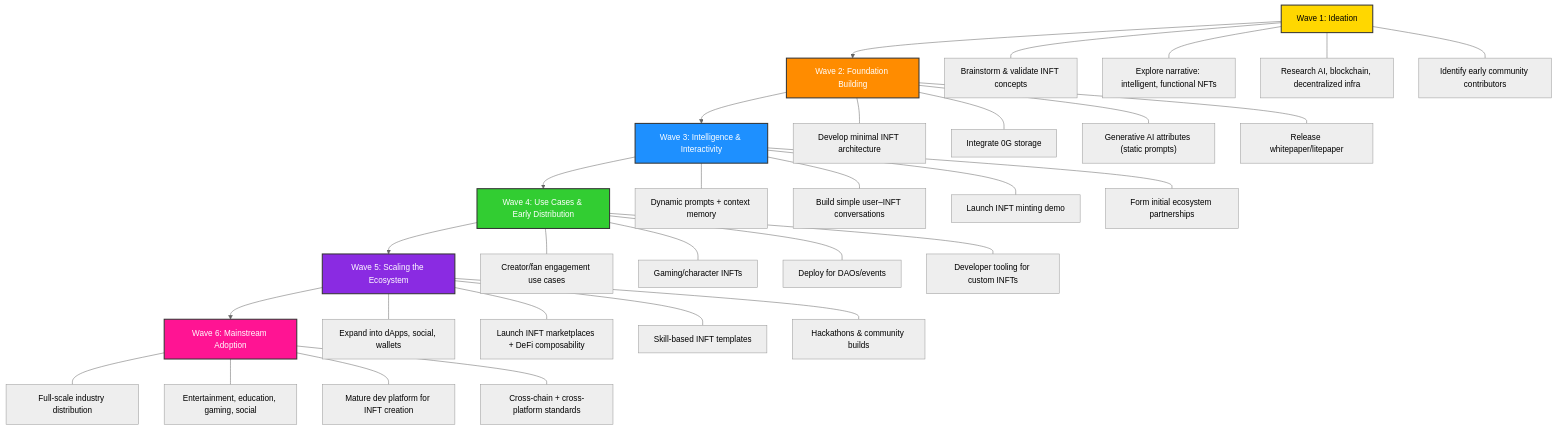
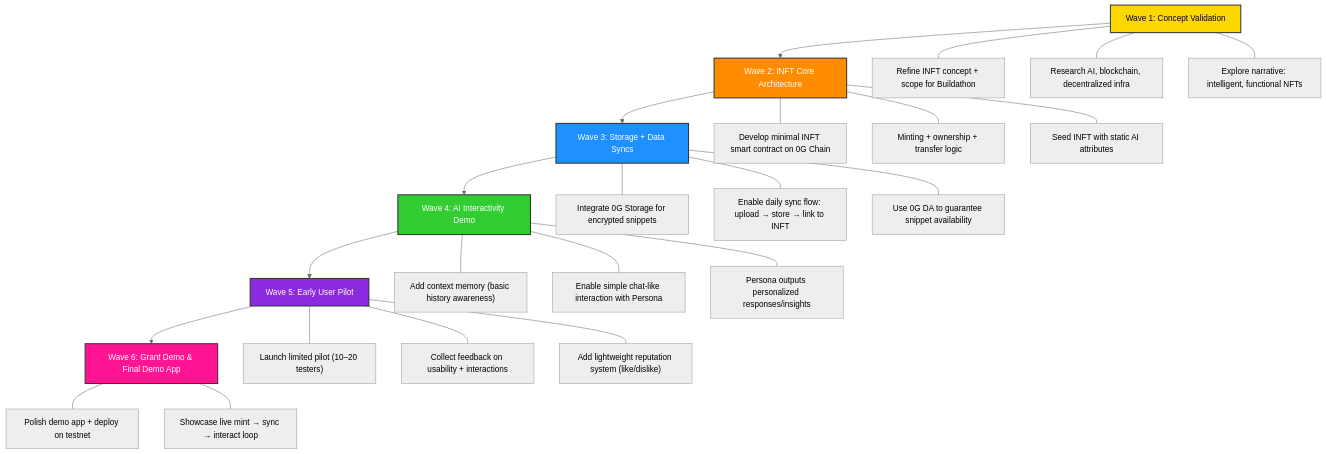
The diagram in README.md (yug49/PersonaForge), drawn with Mermaid (neutral theme) before and after one commit. The commit also changed other lines of this file, not shown here.

````diff
--- a/README.md
+++ b/README.md
@@ -172,53 +172,46 @@
 ```mermaid
 flowchart TD
 
-    A[Wave 1: Ideation]:::wave1 --> B[Wave 2: Foundation Building]:::wave2
-    B --> C[Wave 3: Intelligence & Interactivity]:::wave3
-    C --> D[Wave 4: Use Cases & Early Distribution]:::wave4
-    D --> E[Wave 5: Scaling the Ecosystem]:::wave5
-    E --> F[Wave 6: Mainstream Adoption]:::wave6
+    A[Wave 1: Concept Validation]:::wave1 --> B[Wave 2: INFT Core Architecture]:::wave2
+    B --> C[Wave 3: Storage + Data Syncs]:::wave3
+    C --> D[Wave 4: AI Interactivity Demo]:::wave4
+    D --> E[Wave 5: Early User Pilot]:::wave5
+    E --> F[Wave 6: Grant Demo & Final Demo App]:::wave6
 
     %% Wave 1
-    A --- A1[Brainstorm & validate INFT concepts]
-    A --- A2[Explore narrative: intelligent, functional NFTs]
-    A --- A3[Research AI, blockchain, decentralized infra]
-    A --- A4[Identify early community contributors]
+    A --- A1["Refine INFT concept + scope for Buildathon"]
+    A --- A2["Research AI, blockchain, decentralized infra"]
+    A --- A3["Explore narrative: intelligent, functional NFTs"]
 
     %% Wave 2
-    B --- B1[Develop minimal INFT architecture]
-    B --- B2[Integrate 0G storage]
-    B --- B3["Generative AI attributes (static prompts)"]
-    B --- B4[Release whitepaper/litepaper]
+    B --- B1["Develop minimal INFT smart contract on 0G Chain"]
+    B --- B2["Minting + ownership + transfer logic"]
+    B --- B3["Seed INFT with static AI attributes"]
 
     %% Wave 3
-    C --- C1[Dynamic prompts + context memory]
-    C --- C2[Build simple user–INFT conversations]
-    C --- C3[Launch INFT minting demo]
-    C --- C4[Form initial ecosystem partnerships]
+    C --- C1["Integrate 0G Storage for encrypted snippets"]
+    C --- C2["Enable daily sync flow: upload → store → link to INFT"]
+    C --- C3["Use 0G DA to guarantee snippet availability"]
 
     %% Wave 4
-    D --- D1[Creator/fan engagement use cases]
-    D --- D2[Gaming/character INFTs]
-    D --- D3[Deploy for DAOs/events]
-    D --- D4[Developer tooling for custom INFTs]
+    D --- D1["Add context memory (basic history awareness)"]
+    D --- D2["Enable simple chat-like interaction with Persona"]
+    D --- D3["Persona outputs personalized responses/insights"]
 
     %% Wave 5
-    E --- E1[Expand into dApps, social, wallets]
-    E --- E2[Launch INFT marketplaces + DeFi composability]
-    E --- E3[Skill-based INFT templates]
-    E --- E4[Hackathons & community builds]
+    E --- E1["Launch limited pilot (10–20 testers)"]
+    E --- E2["Collect feedback on usability + interactions"]
+    E --- E3["Add lightweight reputation system (like/dislike)"]
 
     %% Wave 6
-    F --- F1[Full-scale industry distribution]
-    F --- F2[Entertainment, education, gaming, social]
-    F --- F3[Mature dev platform for INFT creation]
-    F --- F4[Cross-chain + cross-platform standards]
+    F --- F1["Polish demo app + deploy on testnet"]
+    F --- F2["Showcase live mint → sync → interact loop"]
 
     %% Styles
     classDef wave1 fill:#FFD700,stroke:#333,stroke-width:2px,color:#000;
     classDef wave2 fill:#FF8C00,stroke:#333,stroke-width:2px,color:#fff;
     classDef wave3 fill:#1E90FF,stroke:#333,stroke-width:2px,color:#fff;
     classDef wave4 fill:#32CD32,stroke:#333,stroke-width:2px,color:#fff;
     classDef wave5 fill:#8A2BE2,stroke:#333,stroke-width:2px,color:#fff;
     classDef wave6 fill:#FF1493,stroke:#333,stroke-width:2px,color:#fff;
 ```
````
